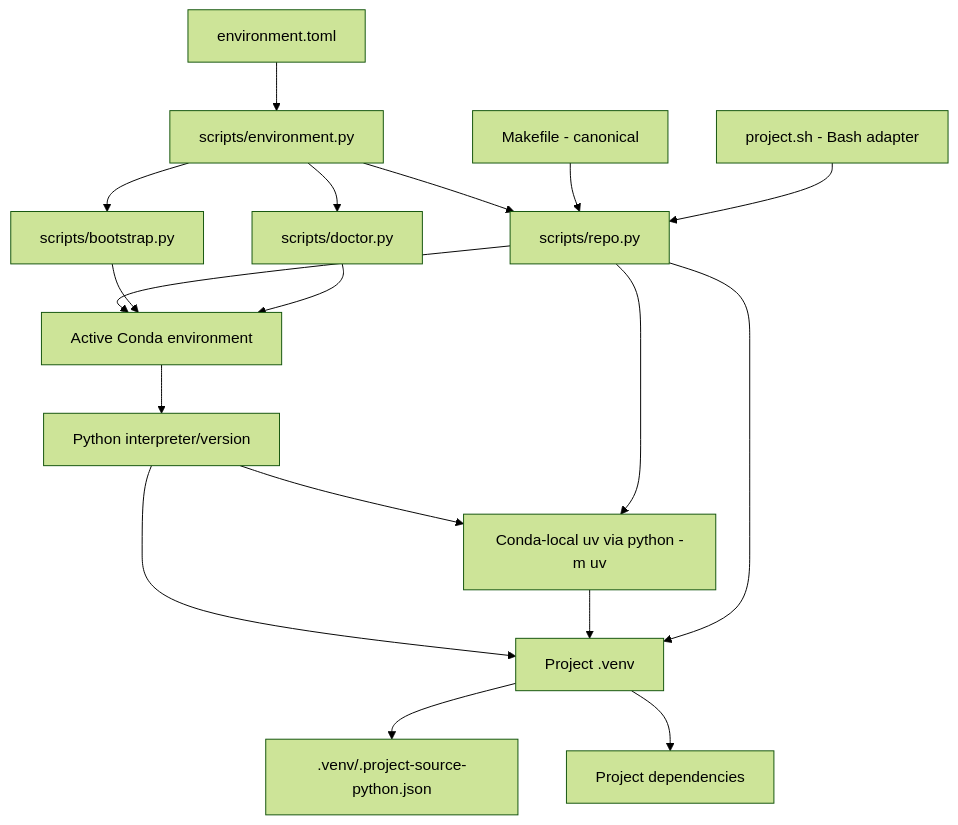
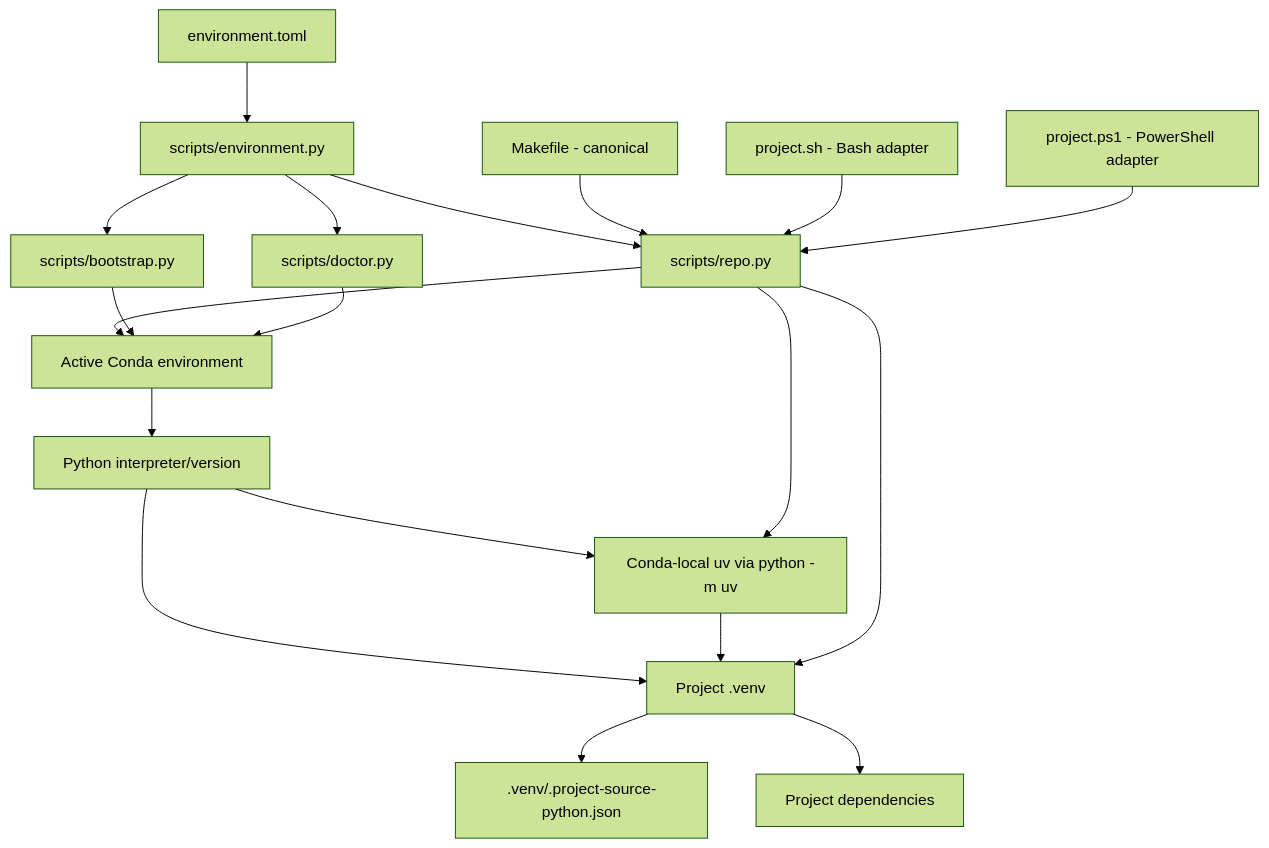
One commit to dante-souza/python_scaffolding changed the diagram in docs/architecture/environment-contract.md. Above: the diagram before and after it, drawn with Mermaid (forest theme). The commit also changed other lines of this file and 1 other file, not shown here.

First line of the commit message:
phase 2a: align shell adapter contract

````diff
--- a/docs/architecture/environment-contract.md
+++ b/docs/architecture/environment-contract.md
@@ -9,20 +9,21 @@
 ```mermaid
 flowchart TD
     CFG[environment.toml] --> ENV[scripts/environment.py]
     ENV --> CLI[scripts/repo.py]
     ENV --> BOOT[scripts/bootstrap.py]
     ENV --> DOC[scripts/doctor.py]
     C[Active Conda environment] --> P[Python interpreter/version]
     P --> U[Conda-local uv via python -m uv]
     P --> V[Project .venv]
     U --> V
     V --> M[.venv/.project-source-python.json]
     V --> D[Project dependencies]
     CLI --> C
     BOOT --> C
     DOC --> C
     CLI --> U
     CLI --> V
     MK[Makefile - canonical] --> CLI
     SH[project.sh - Bash adapter] --> CLI
+    PS[project.ps1 - PowerShell adapter] --> CLI
 ```
````
